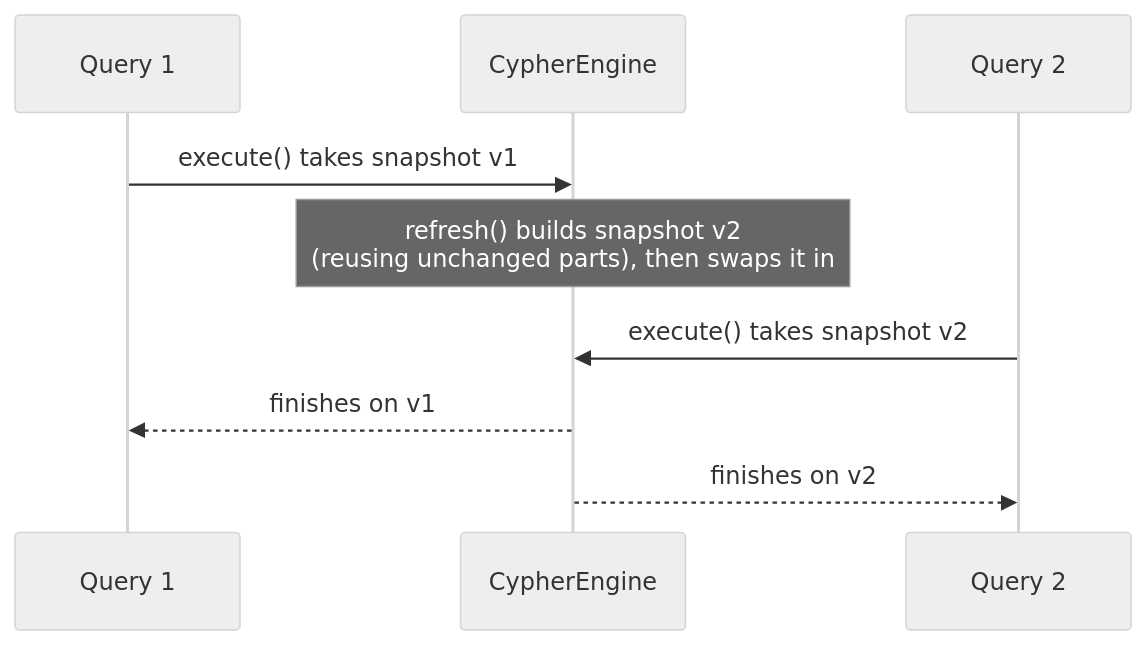
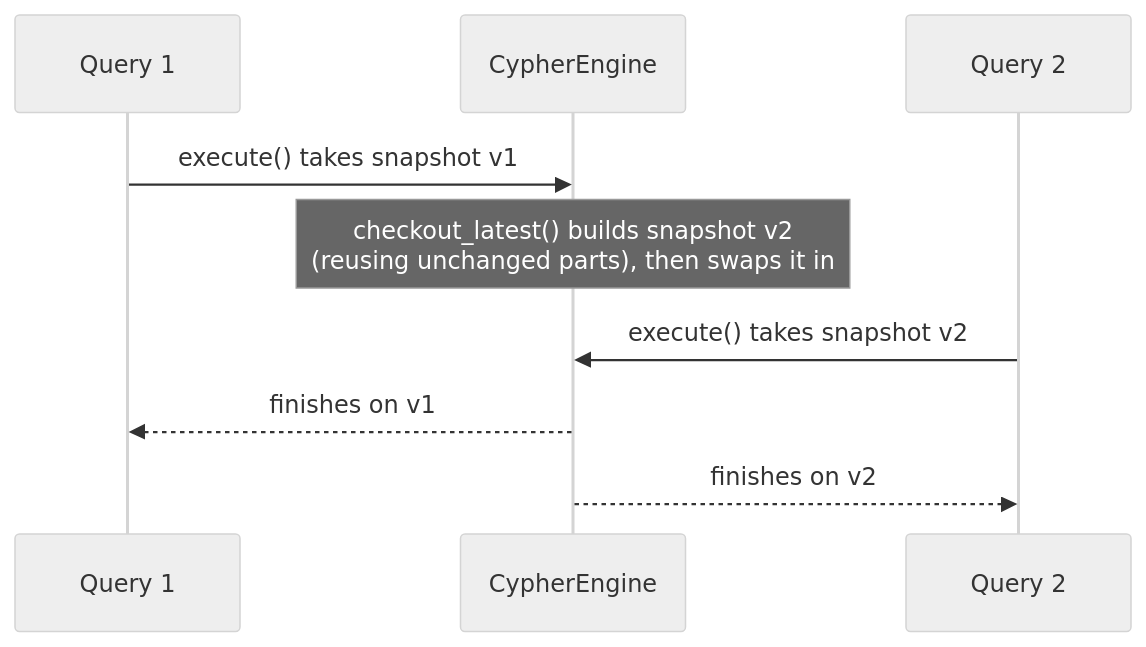
The third of 3 diagrams in docs/execution.md (hyperdimensionalcomputingai/lance-csr), drawn with Mermaid (neutral theme) before and after one commit. The commit also changed other lines of this file and 46 other files, not shown here.

````diff
--- a/docs/execution.md
+++ b/docs/execution.md
@@ -90,11 +90,11 @@
 ```mermaid
 sequenceDiagram
     participant Q1 as Query 1
     participant E as CypherEngine
     participant Q2 as Query 2
     Q1->>E: execute() takes snapshot v1
-    Note over E: refresh() builds snapshot v2<br/>(reusing unchanged parts), then swaps it in
+    Note over E: checkout_latest() builds snapshot v2<br/>(reusing unchanged parts), then swaps it in
     Q2->>E: execute() takes snapshot v2
     E-->>Q1: finishes on v1
     E-->>Q2: finishes on v2
 ```
````
